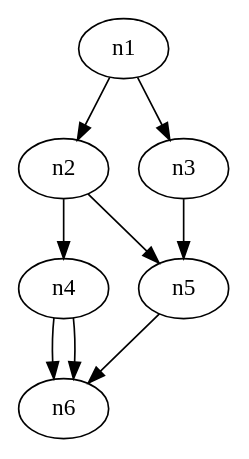
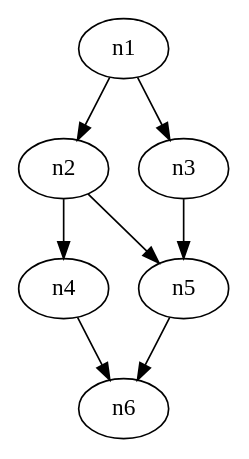
The sixth of 8 diagrams in lib/utils/include/utils/graph/series_parallel/sp_ization/README.md (flexflow/flexflow-train), drawn with Graphviz before and after one commit. The commit also changed other lines of this file and 9 other files, not shown here.

````diff
--- a/lib/utils/include/utils/graph/series_parallel/sp_ization/README.md
+++ b/lib/utils/include/utils/graph/series_parallel/sp_ization/README.md
@@ -120,12 +120,11 @@
 ```dot
 digraph SP {
     n1 -> n2;
     n1 -> n3;
     n2 -> n4;
     n2 -> n5;
     n3 -> n5;
     n4 -> n6;
     n5 -> n6;
-    n4 -> n6;
 }
 ```
````
